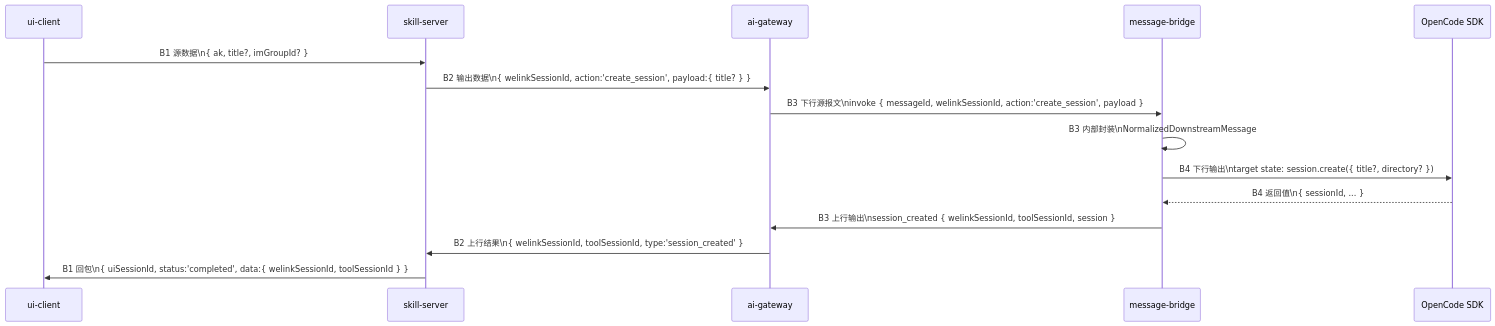
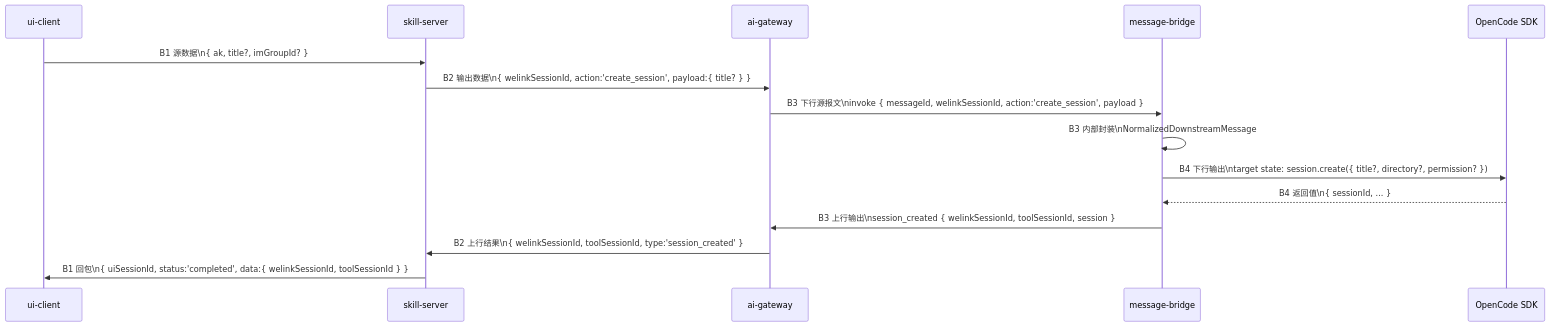
The fourth of 6 diagrams in plugins/message-bridge/docs/design/interfaces/end-to-end-message-flow.md (yuzhangCZ/agent-plugin), drawn with Mermaid before and after one commit. The commit also changed other lines of this file and 9 other files, not shown here.

````diff
--- a/plugins/message-bridge/docs/design/interfaces/end-to-end-message-flow.md
+++ b/plugins/message-bridge/docs/design/interfaces/end-to-end-message-flow.md
@@ -947,18 +947,18 @@
 ```mermaid
 sequenceDiagram
   participant UI as ui-client
   participant SKILL as skill-server
   participant GW as ai-gateway
   participant BRIDGE as message-bridge
   participant SDK as OpenCode SDK
 
   UI->>SKILL: B1 源数据\n{ ak, title?, imGroupId? }
   SKILL->>GW: B2 输出数据\n{ welinkSessionId, action:'create_session', payload:{ title? } }
   GW->>BRIDGE: B3 下行源报文\ninvoke { messageId, welinkSessionId, action:'create_session', payload }
   BRIDGE->>BRIDGE: B3 内部封装\nNormalizedDownstreamMessage
-  BRIDGE->>SDK: B4 下行输出\ntarget state: session.create({ title?, directory? })
+  BRIDGE->>SDK: B4 下行输出\ntarget state: session.create({ title?, directory?, permission? })
   SDK-->>BRIDGE: B4 返回值\n{ sessionId, ... }
   BRIDGE->>GW: B3 上行输出\nsession_created { welinkSessionId, toolSessionId, session }
   GW->>SKILL: B2 上行结果\n{ welinkSessionId, toolSessionId, type:'session_created' }
   SKILL->>UI: B1 回包\n{ uiSessionId, status:'completed', data:{ welinkSessionId, toolSessionId } }
 ```
````
